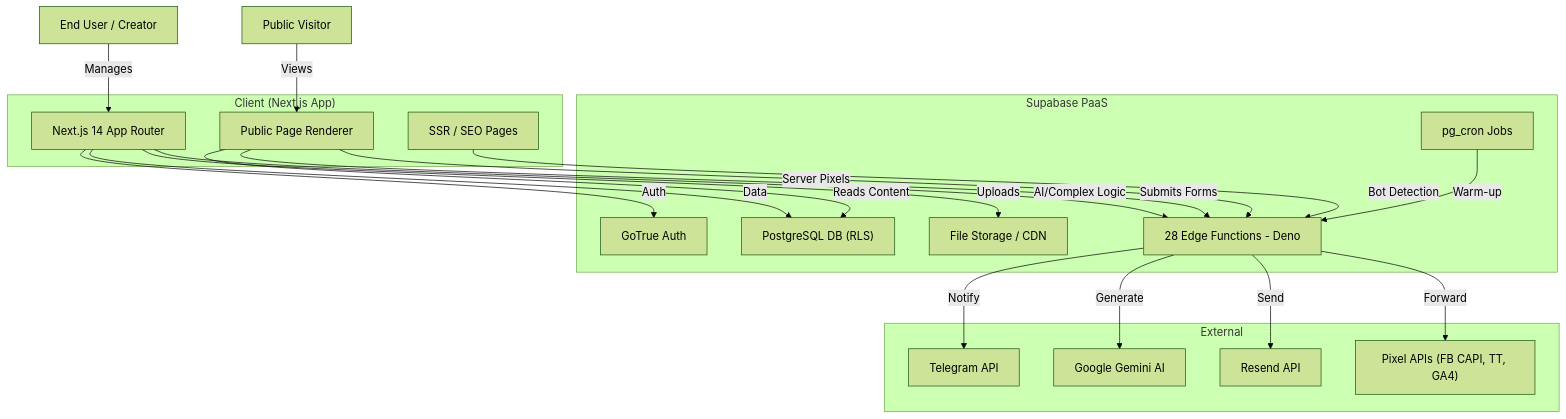
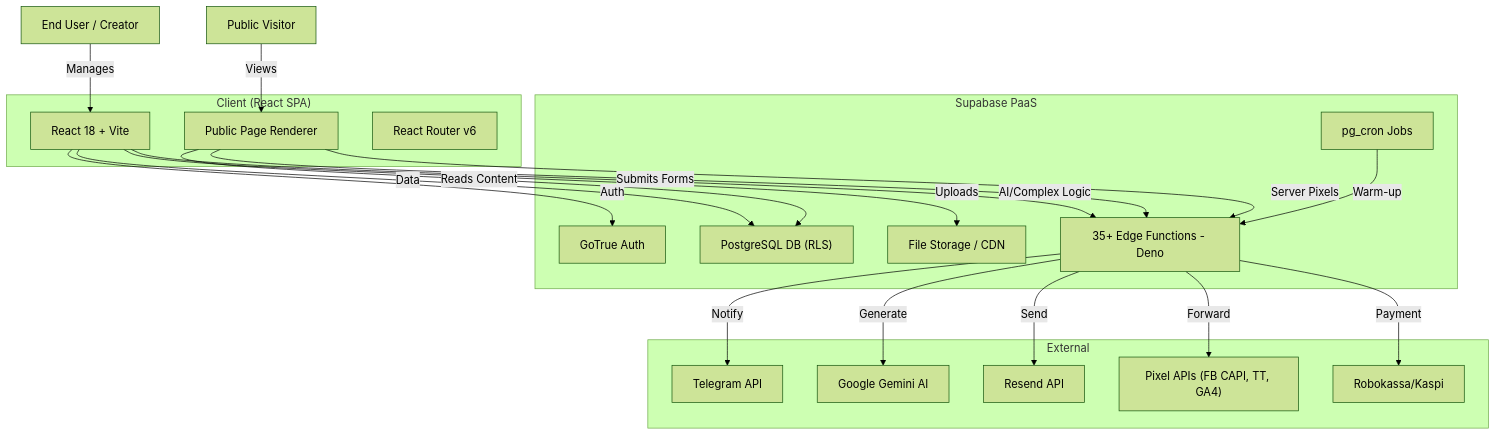
One commit to ElazAzel/linkmax-6b20d835 changed the diagram in docs/architecture.md. Above: the diagram before and after it, drawn with Mermaid (forest theme). The commit also changed other lines of this file and 6 other files, not shown here.

Commit message:
docs: Add comprehensive documentation for local development, architecture, API, changelog, features, and platform snapshot, and update README to reflect the Vite/React stack.

````diff
--- a/docs/architecture.md
+++ b/docs/architecture.md
@@ -7,47 +7,47 @@
 ```mermaid
 graph TD
     User[End User / Creator]
     Visitor[Public Visitor]
     
-    subgraph Client ["Client (Next.js App)"]
-        App[Next.js 14 App Router]
+    subgraph Client ["Client (React SPA)"]
+        App[React 18 + Vite]
         PublicPage[Public Page Renderer]
-        SSR[SSR / SEO Pages]
+        Router[React Router v6]
     end
     
     subgraph Backend ["Supabase PaaS"]
         Auth[GoTrue Auth]
         DB["PostgreSQL DB (RLS)"]
         Storage[File Storage / CDN]
-        Edge[28 Edge Functions - Deno]
+        Edge[35+ Edge Functions - Deno]
         Cron[pg_cron Jobs]
     end
     
     subgraph External
         Telegram[Telegram API]
         Gemini[Google Gemini AI]
         Email[Resend API]
         Pixels["Pixel APIs (FB CAPI, TT, GA4)"]
+        Robo[Robokassa/Kaspi]
     end
 
     User -->|Manages| App
     Visitor -->|Views| PublicPage
     
     App -->|Auth| Auth
     App -->|Data| DB
     App -->|Uploads| Storage
     App -->|AI/Complex Logic| Edge
     
     PublicPage -->|Reads Content| DB
     PublicPage -->|Submits Forms| Edge
     PublicPage -->|Server Pixels| Edge
     
-    SSR -->|Bot Detection| Edge
-    
     Edge -->|Notify| Telegram
     Edge -->|Generate| Gemini
     Edge -->|Send| Email
     Edge -->|Forward| Pixels
+    Edge -->|Payment| Robo
     
     Cron -->|Warm-up| Edge
 ```
````
